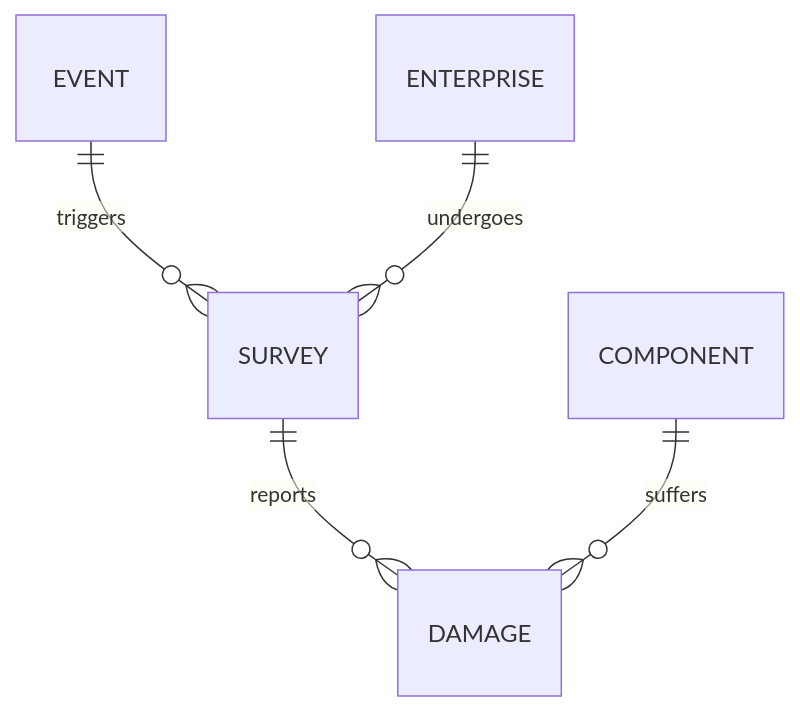
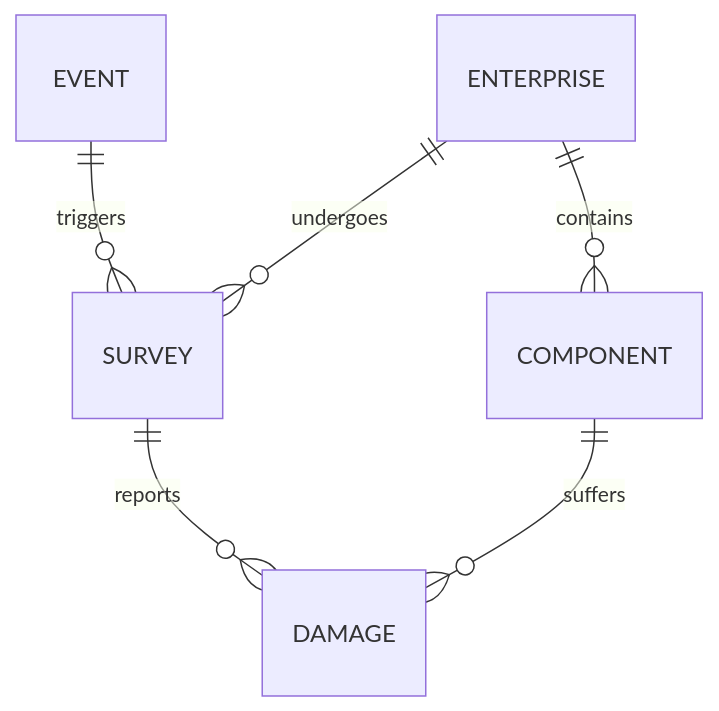
The third of 3 diagrams in docs/schema_er.md (Tars4815/dictionary-demo), drawn with Mermaid before and after one commit. The commit also changed other lines of this file, not shown here.

````diff
--- a/docs/schema_er.md
+++ b/docs/schema_er.md
@@ -63,8 +63,9 @@
 ```mermaid
 erDiagram
     EVENT ||--o{ SURVEY : triggers
     ENTERPRISE ||--o{ SURVEY : undergoes
     SURVEY ||--o{ DAMAGE : reports
     COMPONENT ||--o{ DAMAGE : suffers
+    ENTERPRISE ||--o{ COMPONENT : contains
 
 ```
````
